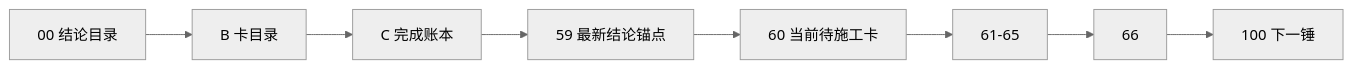
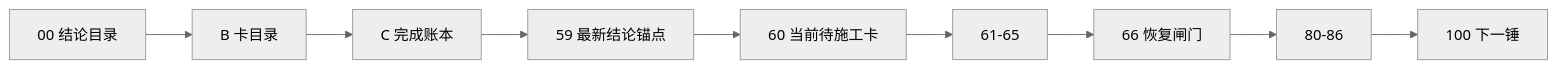
The diagram in docs/03-execution/A-execution-reading-order-20260409.md (everything-is-simple/lifespan-0.01), drawn with Mermaid (neutral theme) before and after one commit. The commit also changed other lines of this file and 26 other files, not shown here.

````diff
--- a/docs/03-execution/A-execution-reading-order-20260409.md
+++ b/docs/03-execution/A-execution-reading-order-20260409.md
@@ -29,10 +34,11 @@
 ```mermaid
 flowchart LR
     CONC["00 结论目录"] --> BCAT["B 卡目录"]
     BCAT --> CLED["C 完成账本"]
     CLED --> ANC["59 最新结论锚点"]
     ANC --> G60["60 当前待施工卡"]
     G60 --> G65["61-65"]
-    G65 --> G66["66"]
-    G66 --> NEXT["100 下一锤"]
+    G65 --> G66["66 恢复闸门"]
+    G66 --> G80["80-86"]
+    G80 --> NEXT["100 下一锤"]
 ```
````
